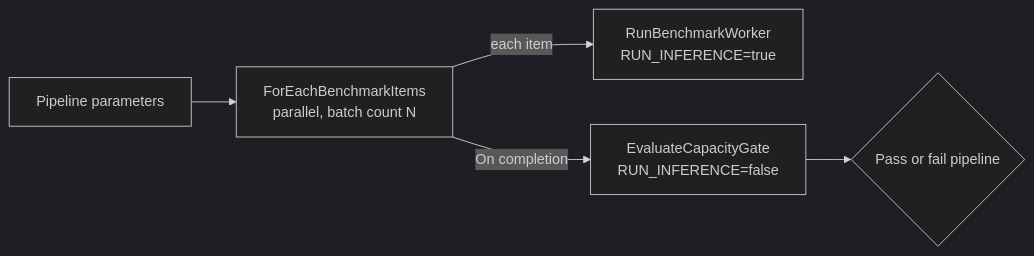
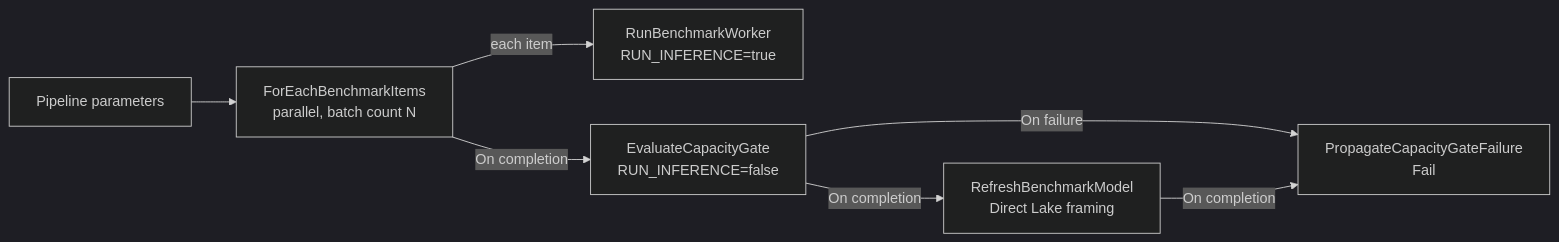
One commit to martins-vds/people-counter changed the sixth of 7 diagrams in notebooks/fabric/README.md. Above: the diagram before and after it, drawn with Mermaid (dark theme). The commit also changed other lines of this file and 1 other file, not shown here.

Commit message:
feat: add RefreshBenchmarkModel and PropagateCapacityGateFailure activities to pc-capacity-benchmark

````diff
--- a/notebooks/fabric/README.md
+++ b/notebooks/fabric/README.md
@@ -3040,7 +3042,9 @@
 ```mermaid
 flowchart LR
     P[Pipeline parameters] --> FE[ForEachBenchmarkItems<br/>parallel, batch count N]
     FE -->|each item| BW[RunBenchmarkWorker<br/>RUN_INFERENCE=true]
     FE -->|On completion| G[EvaluateCapacityGate<br/>RUN_INFERENCE=false]
-    G --> R{Pass or fail pipeline}
+    G -->|On completion| SM[RefreshBenchmarkModel<br/>Direct Lake framing]
+    G -->|On failure| PF[PropagateCapacityGateFailure<br/>Fail]
+    SM -->|On completion| PF
 ```
````
